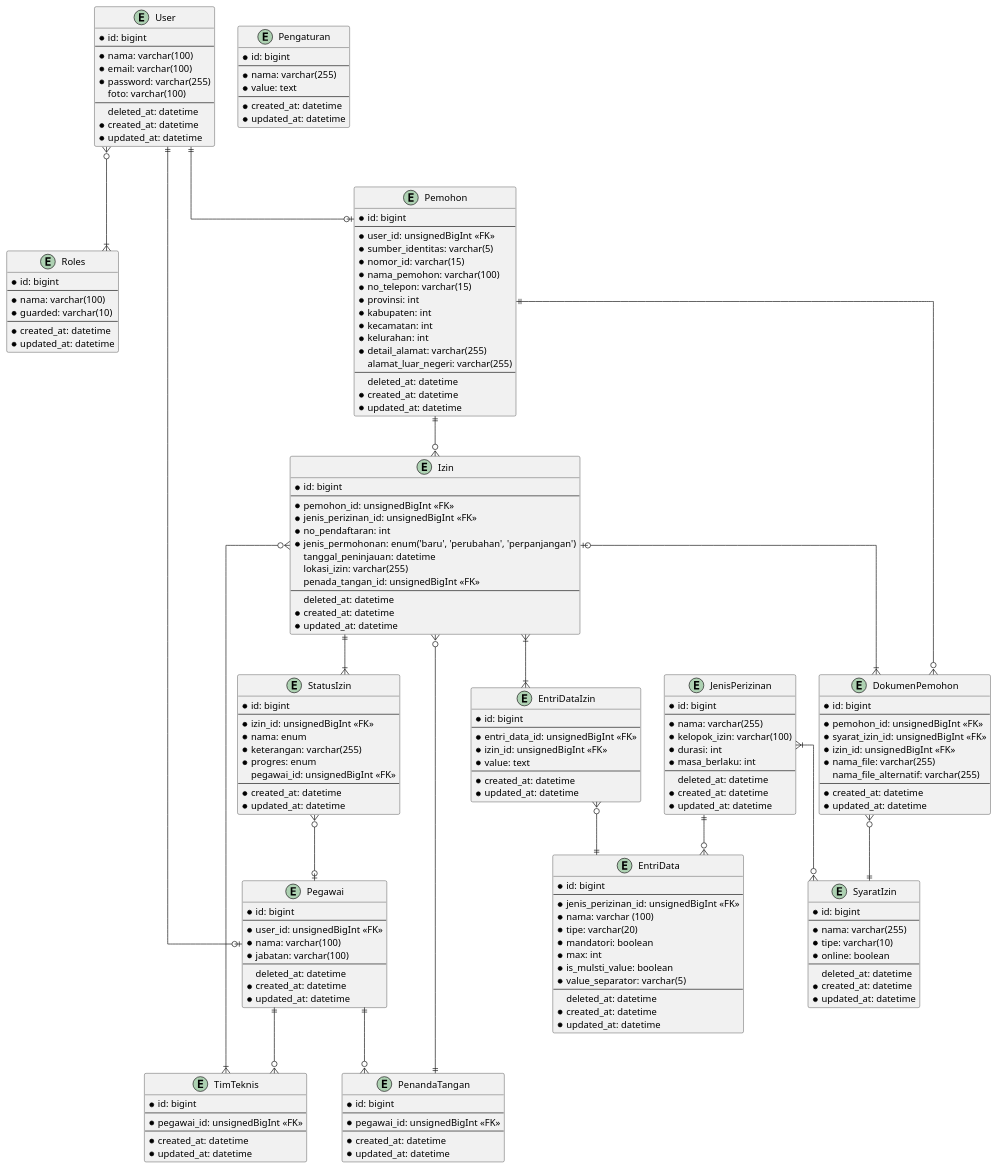
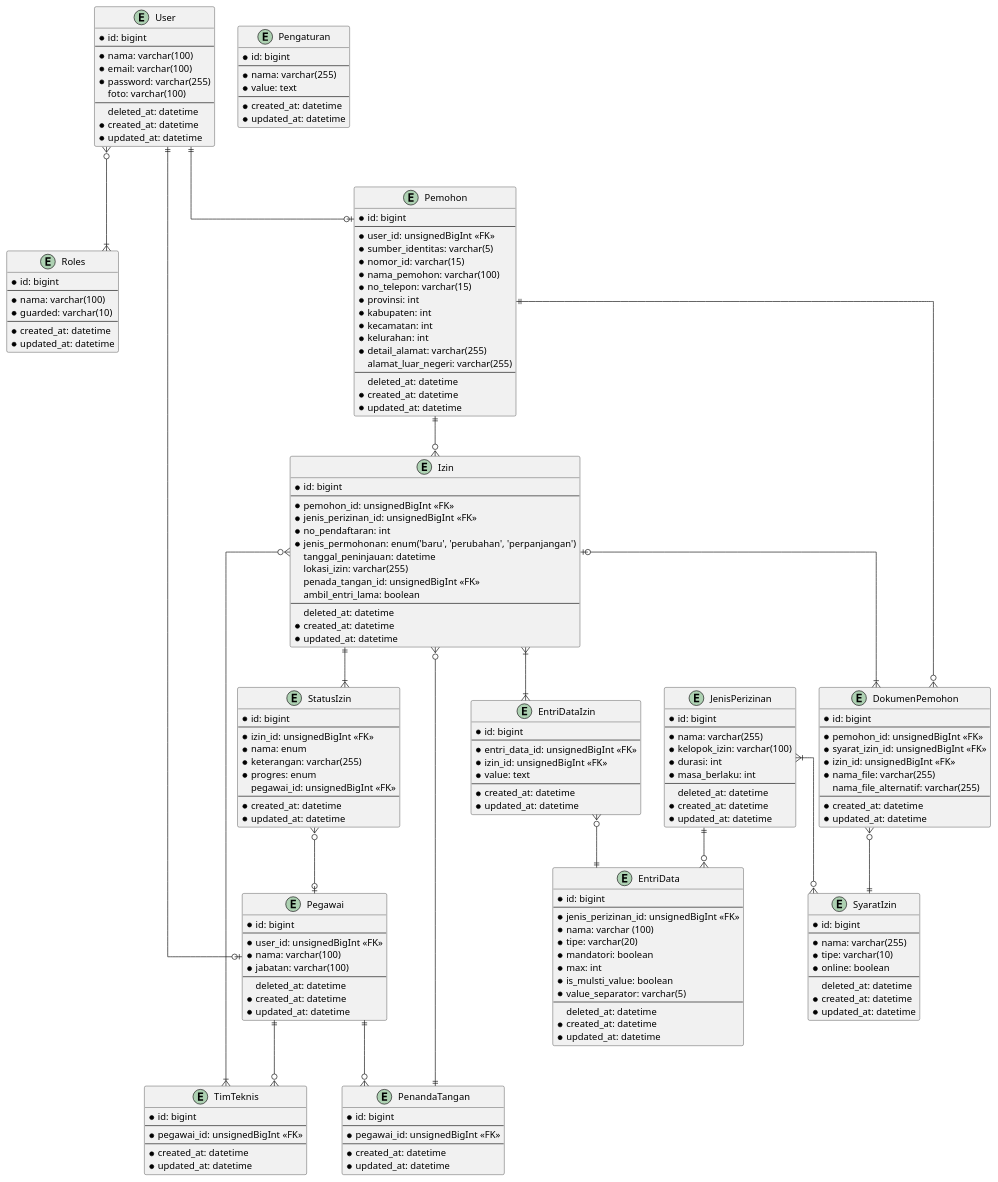
Before and after one commit to maleolabs/nest-nestara-web: the diagram in docs/diagrams/src/database.puml, drawn with PlantUML. The commit also changed 21 other files, not shown here.

```diff
--- a/docs/diagrams/src/database.puml
+++ b/docs/diagrams/src/database.puml
@@ -139,6 +139,7 @@
       tanggal_peninjauan: datetime
       lokasi_izin: varchar(255)
       penada_tangan_id: unsignedBigInt <<FK>>
+      ambil_entri_lama: boolean
     --
       deleted_at: datetime
     * created_at: datetime
```
